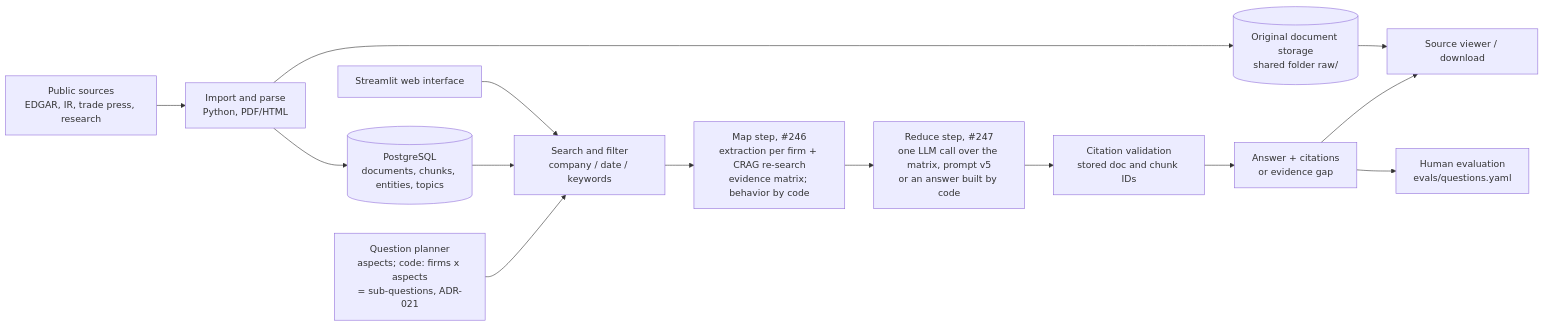
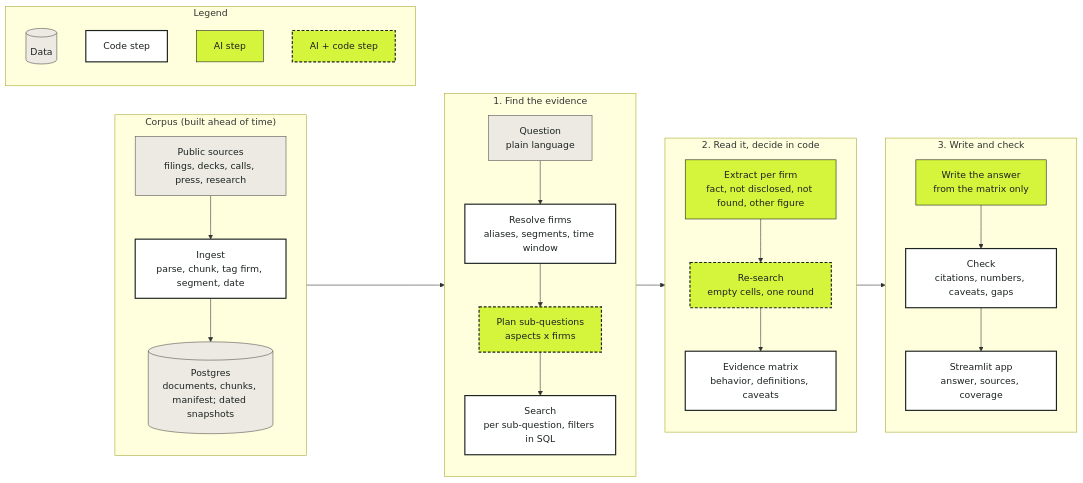
Before and after one commit to RENEGADES20/Competitive-Evidence-Engine-EDJ: the diagram in docs/ARCHITECTURE.md, drawn with Mermaid. The commit also changed other lines of this file and 19 other files, not shown here.

Commit message:
Architecture page replaces Design; W11 README, ARCHITECTURE, RUN; verify-cee recipe and shots (#270)

````diff
--- a/docs/ARCHITECTURE.md
+++ b/docs/ARCHITECTURE.md
@@ -8,16 +8,42 @@
 ```mermaid
 flowchart LR
-    A[Public sources<br/>EDGAR, IR, trade press, research] --> B[Import and parse<br/>Python, PDF/HTML]
-    B --> C[(Original document storage<br/>shared folder raw/)]
-    B --> D[(PostgreSQL<br/>documents, chunks, entities, topics)]
-    E[Streamlit web interface] --> F[Search and filter<br/>company / date / keywords]
-    D --> F
-    P[Question planner<br/>aspects; code: firms x aspects<br/>= sub-questions, ADR-021] --> F
-    F --> M[Map step, #246<br/>extraction per firm + CRAG re-search<br/>evidence matrix; behavior by code]
-    M --> G[Reduce step, #247<br/>one LLM call over the matrix, prompt v5<br/>or an answer built by code]
-    G --> H[Citation validation<br/>stored doc and chunk IDs]
-    H --> I[Answer + citations<br/>or evidence gap]
-    I --> J[Human evaluation<br/>evals/questions.yaml]
-    C --> K[Source viewer / download]
-    I --> K
+    subgraph Build["Corpus (built ahead of time)"]
+        direction TB
+        S["Public sources<br/>filings, decks, calls, press, research"] --> I["Ingest<br/>parse, chunk, tag firm, segment, date"]
+        I --> DB[("Postgres<br/>documents, chunks, manifest; dated snapshots")]
+    end
+    subgraph Find["1. Find the evidence"]
+        direction TB
+        Q["Question<br/>plain language"] --> R["Resolve firms<br/>aliases, segments, time window"]
+        R --> P["Plan sub-questions<br/>aspects x firms"]
+        P --> F["Search<br/>per sub-question, filters in SQL"]
+    end
+    subgraph Read["2. Read it, decide in code"]
+        direction TB
+        X["Extract per firm<br/>fact, not disclosed, not found, other figure"] --> C["Re-search<br/>empty cells, one round"]
+        C --> M["Evidence matrix<br/>behavior, definitions, caveats"]
+    end
+    subgraph Write["3. Write and check"]
+        direction TB
+        W["Write the answer<br/>from the matrix only"] --> K["Check<br/>citations, numbers, caveats, gaps"]
+        K --> U["Streamlit app<br/>answer, sources, coverage"]
+    end
+    DB --> F
+    F --> X
+    M --> W
+    subgraph Legend
+        direction TB
+        k1[("Data")]
+        k2["Code step"]
+        k3["AI step"]
+        k4["AI + code step"]
+    end
+    classDef data fill:#ECEAE3,stroke:#57534E,color:#1C2321
+    classDef code fill:#FFFFFF,stroke:#1C2321,stroke-width:2px,color:#1C2321
+    classDef ai fill:#D4F53C,stroke:#1C2321,color:#1C2321
+    classDef aicode fill:#D4F53C,stroke:#1C2321,stroke-width:2px,stroke-dasharray:5 3,color:#1C2321
+    class S,DB,Q,k1 data
+    class I,R,F,M,K,U,k2 code
+    class X,W,k3 ai
+    class P,C,k4 aicode
 ```
````
